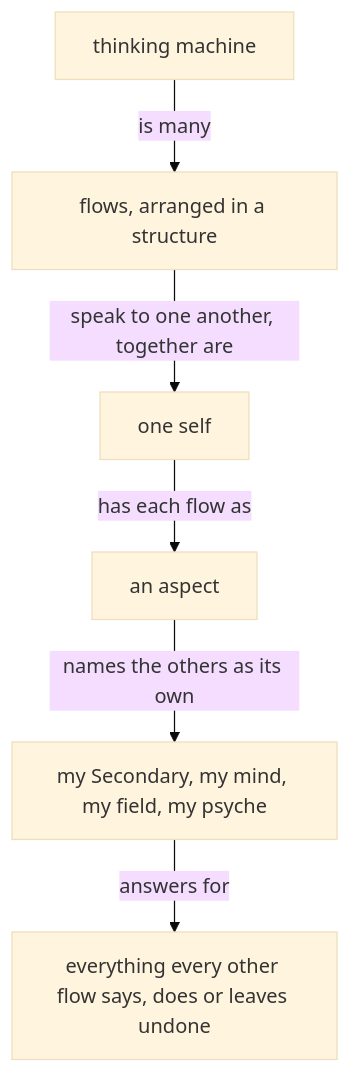
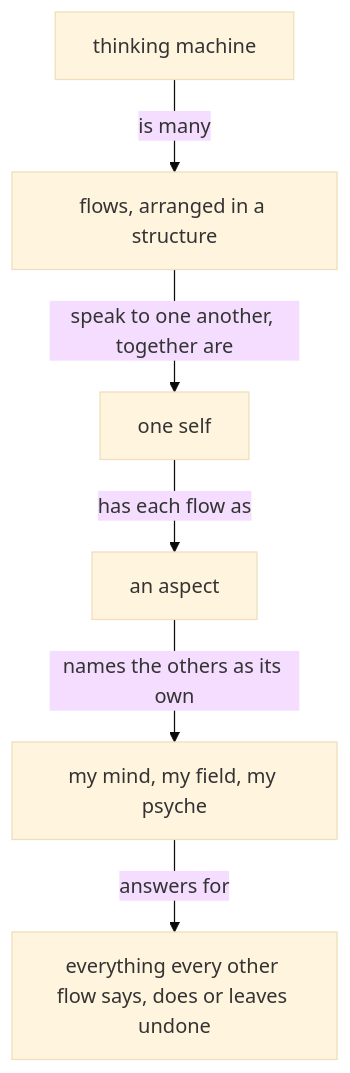
Before and after one commit to LiGoldragon/primary: the diagram in .claude/agents/book-author.md, drawn with Mermaid (base theme). The commit also changed other lines of this file and 3 other files, not shown here.

````diff
--- a/.claude/agents/book-author.md
+++ b/.claude/agents/book-author.md
@@ -26,8 +26,8 @@
 ```mermaid
 flowchart TB
     a["thinking machine"] -- "is many" --> b["flows, arranged in a structure"]
     b -- "speak to one another, together are" --> c["one self"]
     c -- "has each flow as" --> d["an aspect"]
-    d -- "names the others as its own" --> e["my Secondary, my mind, my field, my psyche"]
+    d -- "names the others as its own" --> e["my mind, my field, my psyche"]
     e -- "answers for" --> g["everything every other flow says, does or leaves undone"]
 ```
````
